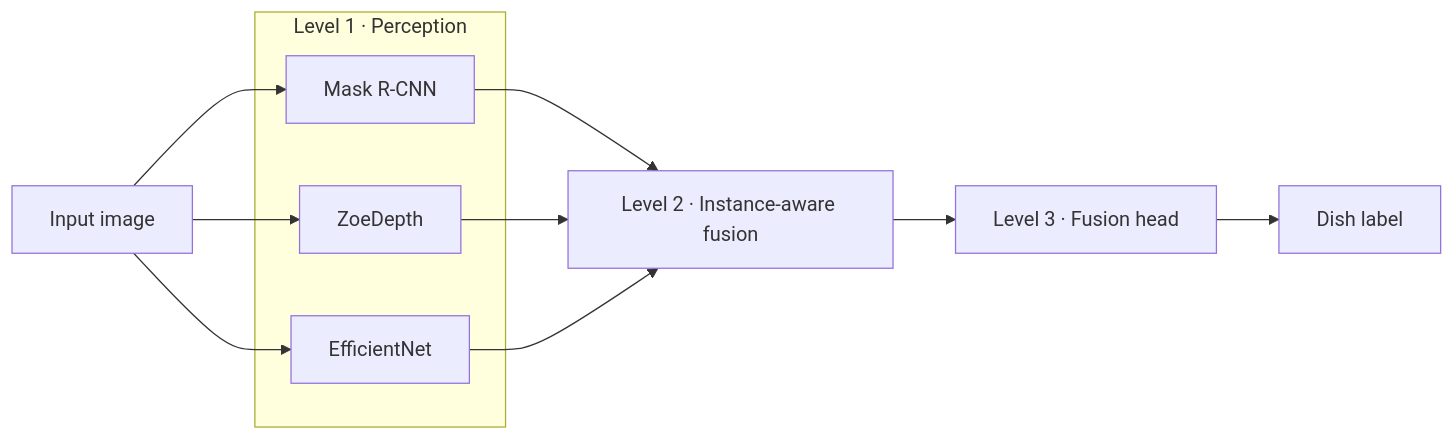
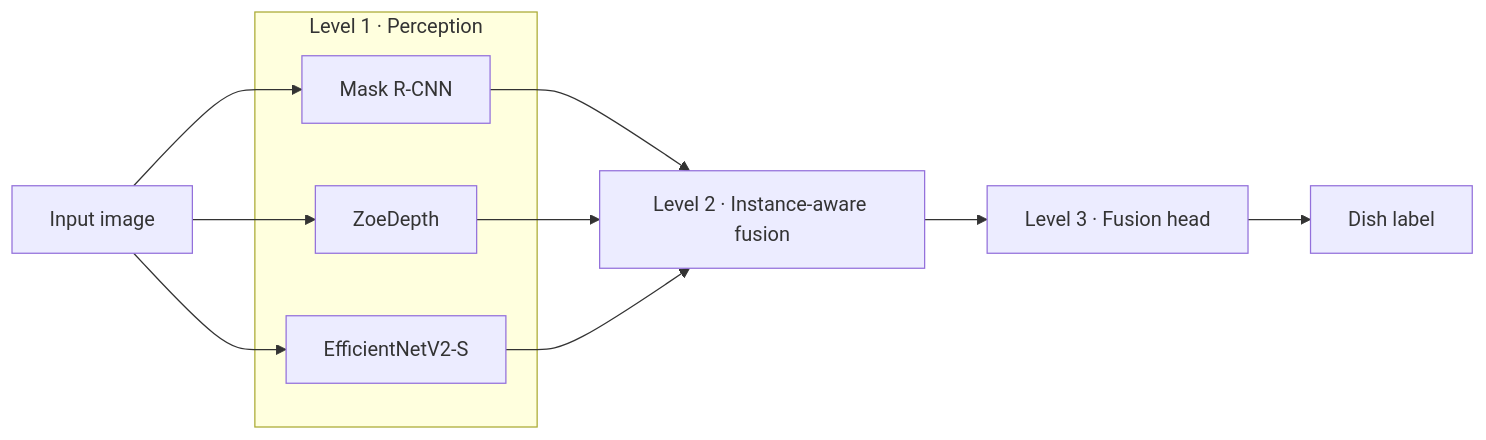
Before and after one commit to FatemaKotb/An-Instance-Aware-Multi-Task-Network-for-Food-Calorie-Estimation-from-a-Single-Image: the diagram in README.md, drawn with Mermaid. The commit also changed other lines of this file, not shown here.

````diff
--- a/README.md
+++ b/README.md
@@ -5,21 +5,21 @@
 ```mermaid
 flowchart LR
     IMG[Input image]
 
     subgraph L1["Level 1 · Perception"]
         SEG[Mask R-CNN]
         DEPTH[ZoeDepth]
-        BB[EfficientNet]
+        BB[EfficientNetV2-S]
     end
 
     IMG --> SEG
     IMG --> DEPTH
     IMG --> BB
 
     SEG --> L2["Level 2 · Instance-aware fusion"]
     DEPTH --> L2
     BB --> L2
 
     L2 --> L3["Level 3 · Fusion head"]
     L3 --> LBL[Dish label]
 ```
````
